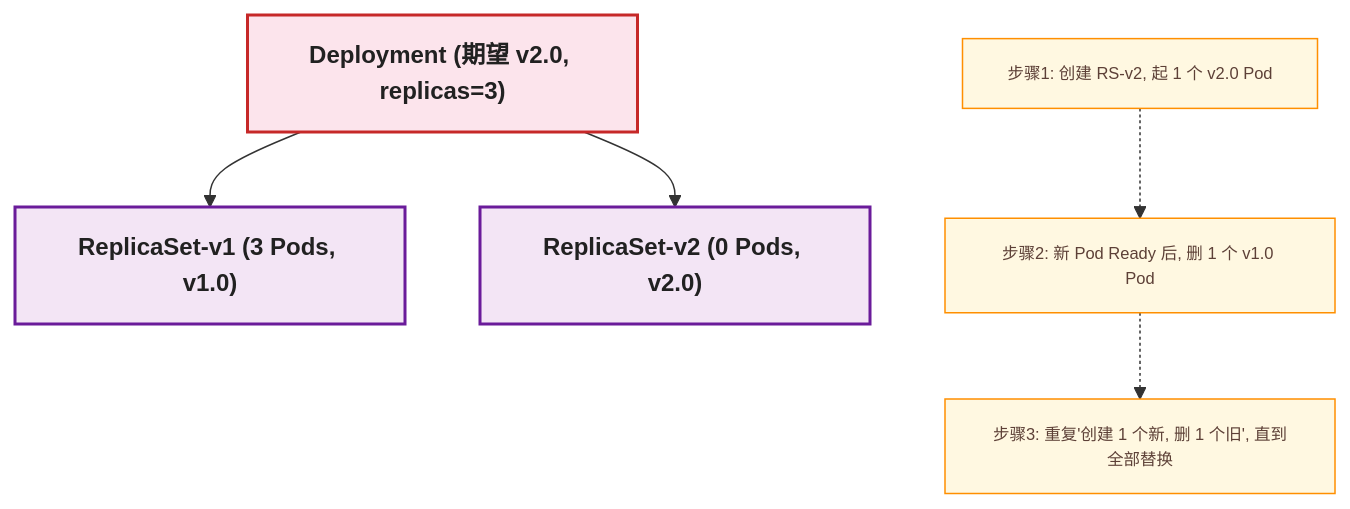
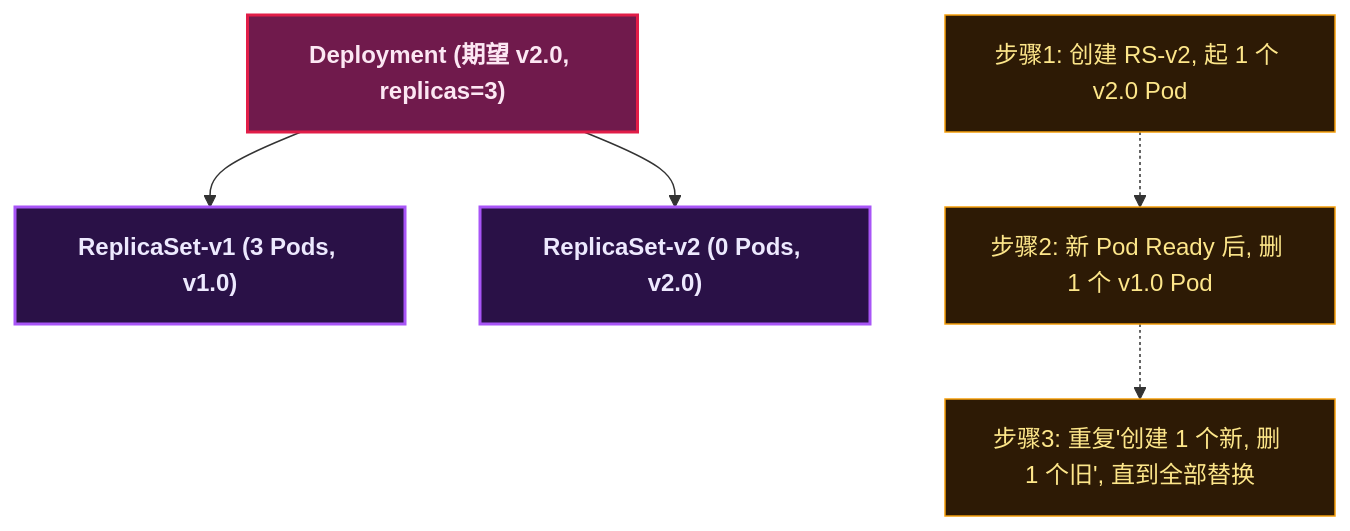
The fifth of 7 diagrams in content/posts/kubernetes/K8sFoundationConcepts.md (yaocat55/yaocat55.github.io), drawn with Mermaid before and after one commit. The commit also changed other lines of this file and 155 other files, not shown here.

````diff
--- a/content/posts/kubernetes/K8sFoundationConcepts.md
+++ b/content/posts/kubernetes/K8sFoundationConcepts.md
@@ -433,25 +433,25 @@
 ```mermaid
 flowchart TD
   D["Deployment (期望 v2.0, replicas=3)"]
   RS_OLD["ReplicaSet-v1 (3 Pods, v1.0)"]
   RS_NEW["ReplicaSet-v2 (0 Pods, v2.0)"]
 
   D --> RS_OLD
   D --> RS_NEW
 
   S1["步骤1: 创建 RS-v2, 起 1 个 v2.0 Pod"]
   S2["步骤2: 新 Pod Ready 后, 删 1 个 v1.0 Pod"]
   S3["步骤3: 重复'创建 1 个新, 删 1 个旧', 直到全部替换"]
 
   S1 -.-> S2
   S2 -.-> S3
 
-  classDef deploy fill:#FCE4EC,stroke:#C62828,stroke-width:2px,color:#212121,font-weight:bold
+classDef deploy fill:#701a4c,stroke:#e11d48,stroke-width:2px,color:#fce7f3,font-weight:bold;
   class D deploy
 
-  classDef rs fill:#F3E5F5,stroke:#6A1B9A,stroke-width:2px,color:#212121,font-weight:bold
+classDef rs fill:#2a1147,stroke:#a855f7,stroke-width:2px,color:#ede9fe,font-weight:bold;
   class RS_OLD,RS_NEW rs
 
-  classDef step fill:#FFF8E1,stroke:#FF8F00,stroke-width:1px,color:#5D4037,font-size:11px
+classDef step fill:#2d1a05,stroke:#f59e0b,stroke-width:1px,color:#fde68a;
   class S1,S2,S3 step
 ```
````
